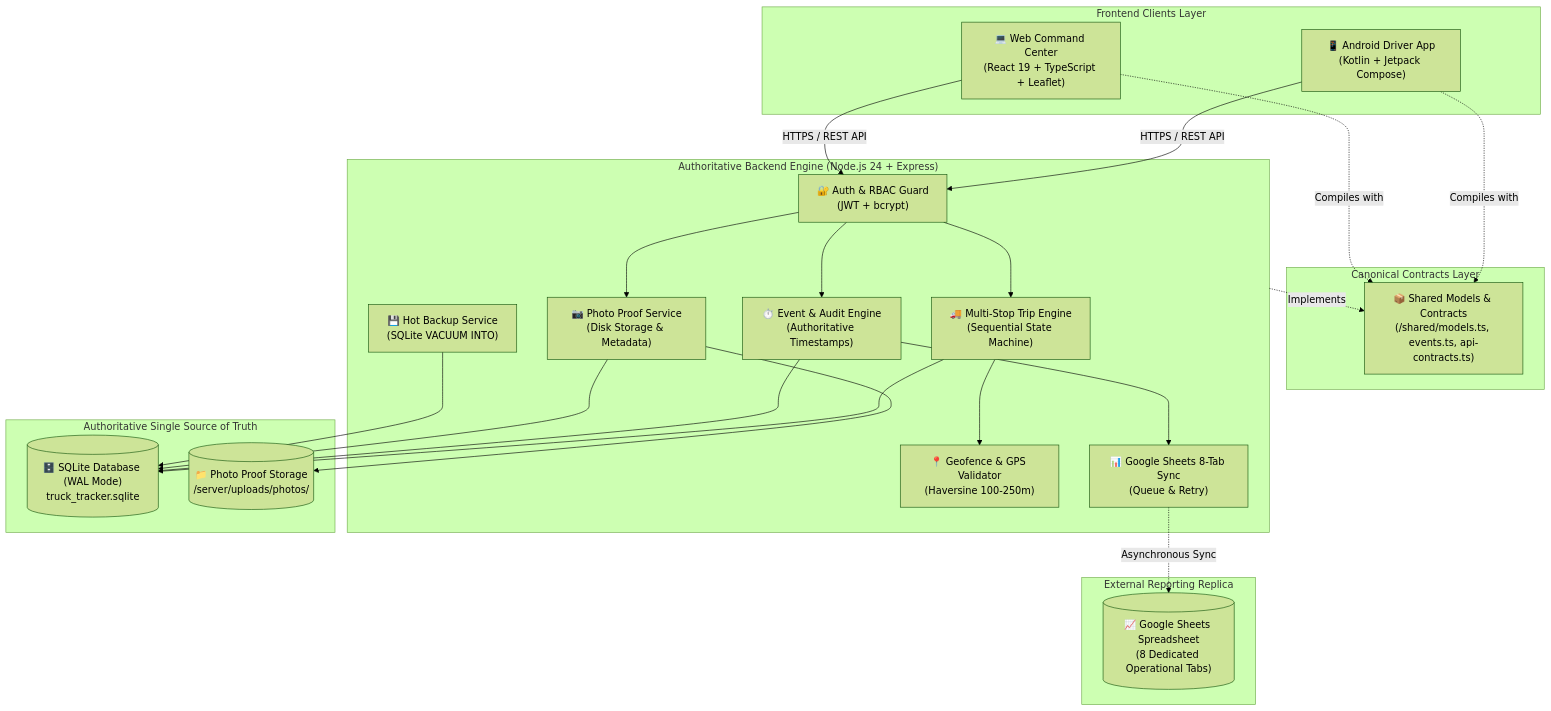
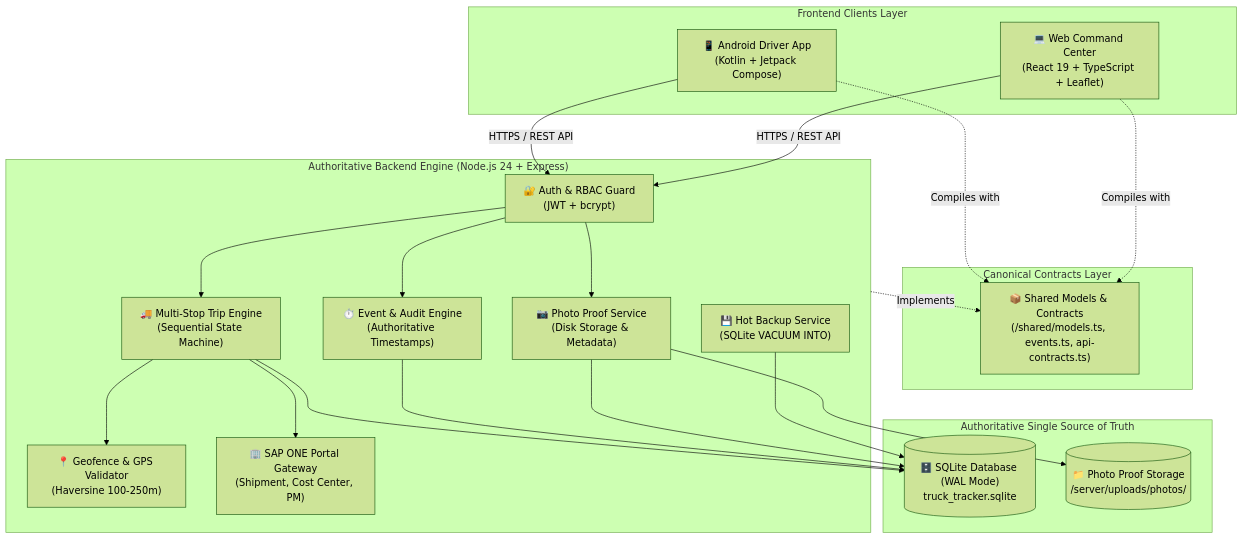
One commit to Nixxzzzzz/truck_tracker changed the first of 4 diagrams in documentation/architecture.md. Above: the diagram before and after it, drawn with Mermaid (forest theme). The commit also changed other lines of this file and 19 other files, not shown here.

Commit message:
feat(security): apply commercial readiness hardening and remove google sheets integration

````diff
--- a/documentation/architecture.md
+++ b/documentation/architecture.md
@@ -15,51 +15,46 @@
 ```mermaid
 graph TD
     subgraph Clients["Frontend Clients Layer"]
         AndroidApp["📱 Android Driver App<br/>(Kotlin + Jetpack Compose)"]
         WebApp["💻 Web Command Center<br/>(React 19 + TypeScript + Leaflet)"]
     end
 
     subgraph Shared["Canonical Contracts Layer"]
         SharedTypes["📦 Shared Models & Contracts<br/>(/shared/models.ts, events.ts, api-contracts.ts)"]
     end
 
     subgraph Backend["Authoritative Backend Engine (Node.js 24 + Express)"]
         AuthModule["🔐 Auth & RBAC Guard<br/>(JWT + bcrypt)"]
         TripEngine["🚚 Multi-Stop Trip Engine<br/>(Sequential State Machine)"]
         EventEngine["⏱️ Event & Audit Engine<br/>(Authoritative Timestamps)"]
         GeoService["📍 Geofence & GPS Validator<br/>(Haversine 100-250m)"]
         PhotoService["📷 Photo Proof Service<br/>(Disk Storage & Metadata)"]
-        SyncEngine["📊 Google Sheets 8-Tab Sync<br/>(Queue & Retry)"]
+        ErpGateway["🏢 SAP ONE Portal Gateway<br/>(Shipment, Cost Center, PM)"]
         BackupService["💾 Hot Backup Service<br/>(SQLite VACUUM INTO)"]
     end
 
     subgraph Storage["Authoritative Single Source of Truth"]
         SQLiteDB[("🗄️ SQLite Database (WAL Mode)<br/>truck_tracker.sqlite")]
         PhotoStorage[("📁 Photo Proof Storage<br/>/server/uploads/photos/")]
-    end
-
-    subgraph External["External Reporting Replica"]
-        GoogleSheets[("📈 Google Sheets Spreadsheet<br/>(8 Dedicated Operational Tabs)")]
     end
 
     AndroidApp -->|HTTPS / REST API| AuthModule
     WebApp -->|HTTPS / REST API| AuthModule
 
     AndroidApp -.->|Compiles with| SharedTypes
     WebApp -.->|Compiles with| SharedTypes
     Backend -.->|Implements| SharedTypes
 
     AuthModule --> TripEngine
     AuthModule --> EventEngine
     AuthModule --> PhotoService
 
     TripEngine --> GeoService
     TripEngine --> SQLiteDB
+    TripEngine --> ErpGateway
     EventEngine --> SQLiteDB
     PhotoService --> PhotoStorage
     PhotoService --> SQLiteDB
 
-    EventEngine --> SyncEngine
-    SyncEngine -.->|Asynchronous Sync| GoogleSheets
     BackupService --> SQLiteDB
 ```
````
